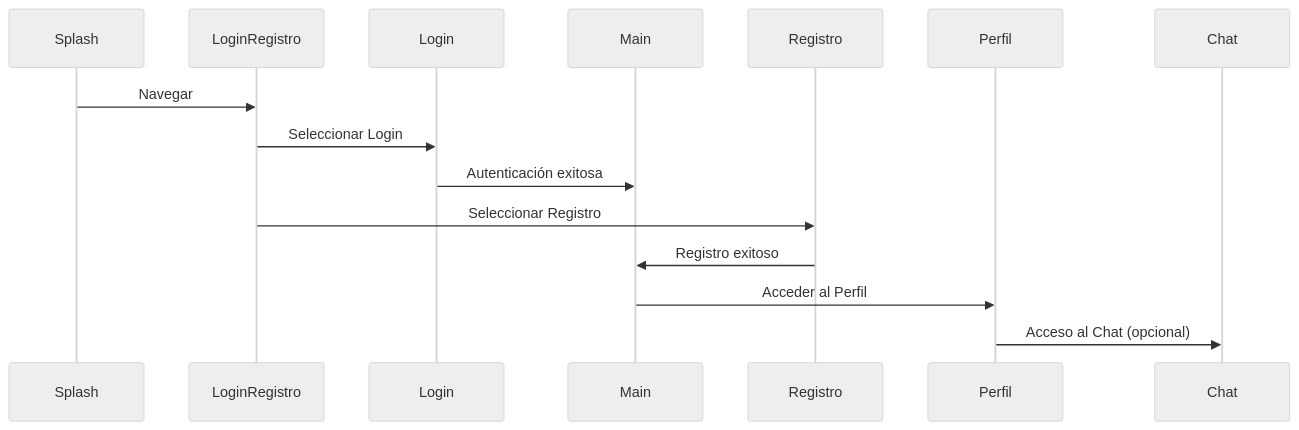
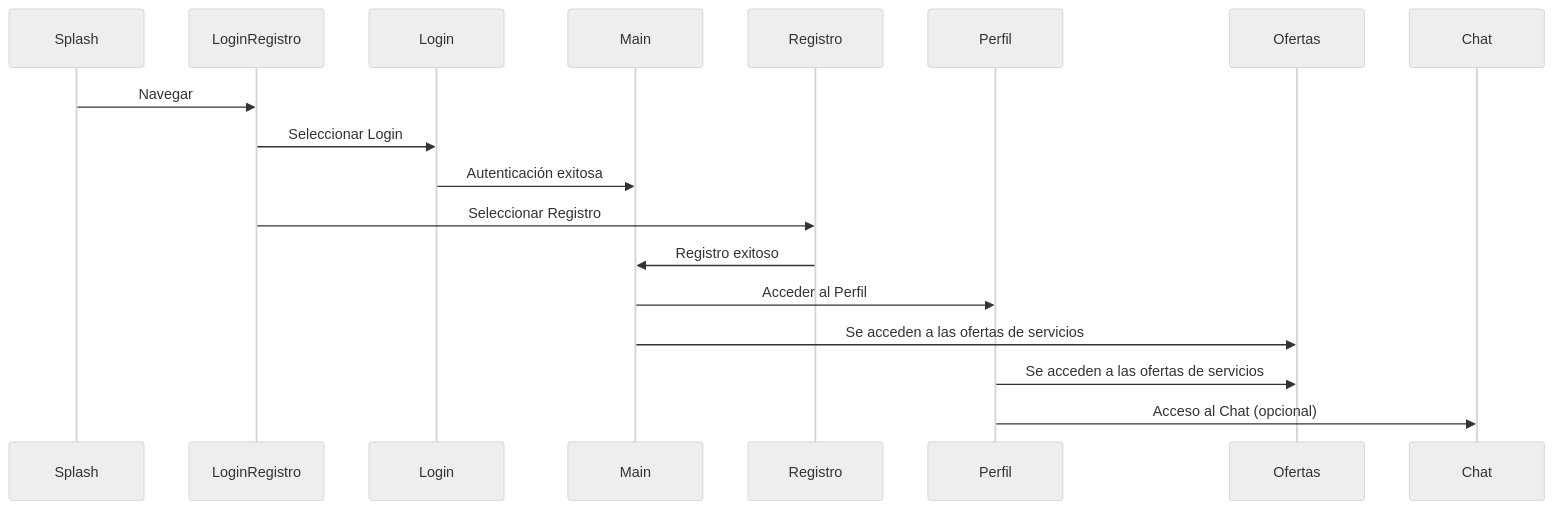
Before and after one commit to alexpepon2426/JustHelp: the diagram in README.MD, drawn with Mermaid (neutral theme). The commit also changed other lines of this file, not shown here.

Commit message:
readme mejorado

````diff
--- a/README.MD
+++ b/README.MD
@@ -9,16 +10,17 @@
 ```mermaid
 sequenceDiagram
 Splash->>LoginRegistro: Navegar
 
 LoginRegistro->>Login: Seleccionar Login
 
 Login->>Main: Autenticación exitosa
 
 LoginRegistro->>Registro: Seleccionar Registro
 
 Registro->>Main: Registro exitoso
 
 Main->>Perfil: Acceder al Perfil
-
+Main->>Ofertas: Se acceden a las ofertas de servicios
+Perfil->>Ofertas: Se acceden a las ofertas de servicios
 Perfil->>Chat: Acceso al Chat (opcional)
 ```
````
